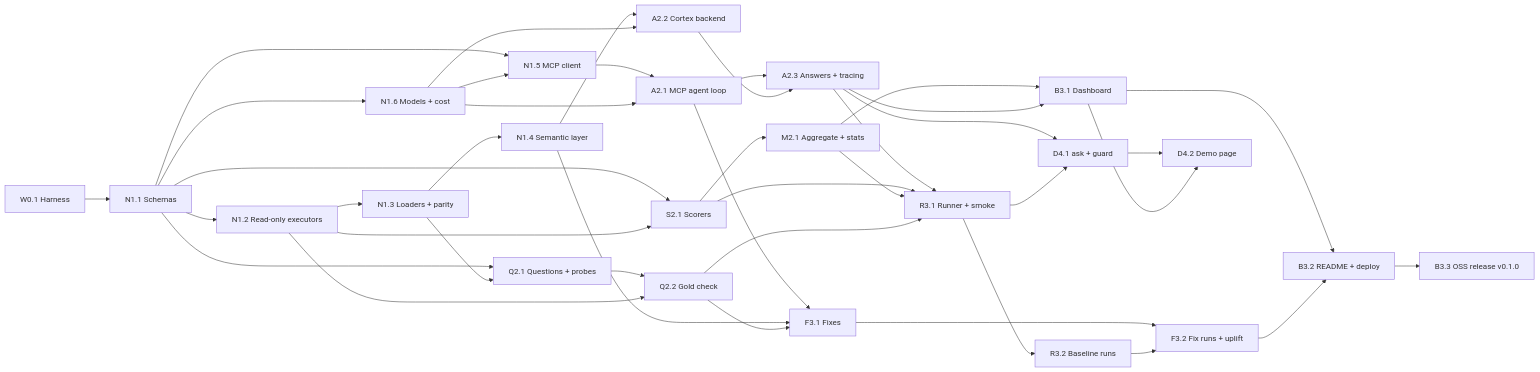
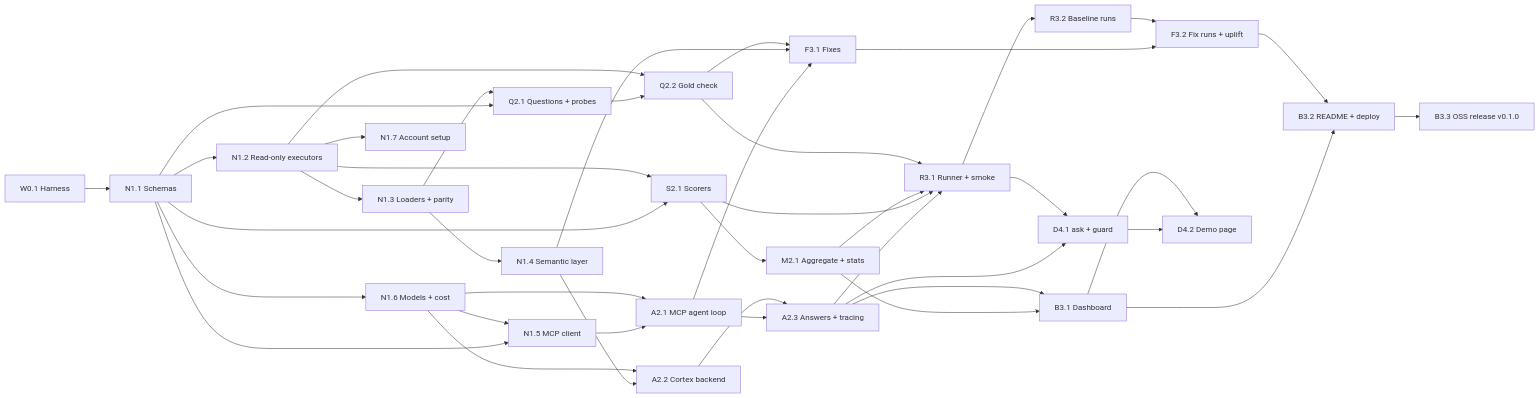
Before and after one commit to biplob819/agentic-analytics: the diagram in Agentic Analytics Tech Spec.md, drawn with Mermaid. The commit also changed other lines of this file and 37 other files, not shown here.

First line of the commit message:
N1.7: account setup command; live MCP fixes (D-63, D-64, L-7)

````diff
--- a/Agentic Analytics Tech Spec.md
+++ b/Agentic Analytics Tech Spec.md
@@ -645,42 +648,43 @@
 ```mermaid
 graph LR
   W01[W0.1 Harness] --> N11[N1.1 Schemas]
   N11 --> N12[N1.2 Read-only executors]
   N11 --> N15[N1.5 MCP client]
   N16 --> N15
   N11 --> N16[N1.6 Models + cost]
   N12 --> N13[N1.3 Loaders + parity]
+  N12 --> N17[N1.7 Account setup]
   N13 --> N14[N1.4 Semantic layer]
   N11 --> Q21[Q2.1 Questions + probes]
   N13 --> Q21
   Q21 --> Q22[Q2.2 Gold check]
   N12 --> Q22
   N15 --> A21[A2.1 MCP agent loop]
   N16 --> A21
   N14 --> A22[A2.2 Cortex backend]
   N16 --> A22
   A21 --> A23[A2.3 Answers + tracing]
   A22 --> A23
   N11 --> S21[S2.1 Scorers]
   N12 --> S21
   S21 --> M21[M2.1 Aggregate + stats]
   A23 --> R31[R3.1 Runner + smoke]
   S21 --> R31
   M21 --> R31
   Q22 --> R31
   R31 --> R32[R3.2 Baseline runs]
   A21 --> F31[F3.1 Fixes]
   N14 --> F31
   Q22 --> F31
   F31 --> F32[F3.2 Fix runs + uplift]
   R32 --> F32
   M21 --> B31[B3.1 Dashboard]
   A23 --> B31
   B31 --> B32[B3.2 README + deploy]
   F32 --> B32
   B32 --> B33[B3.3 OSS release v0.1.0]
   A23 --> D41[D4.1 ask + guard]
   R31 --> D41
   D41 --> D42[D4.2 Demo page]
   B31 --> D42
 ```
````
